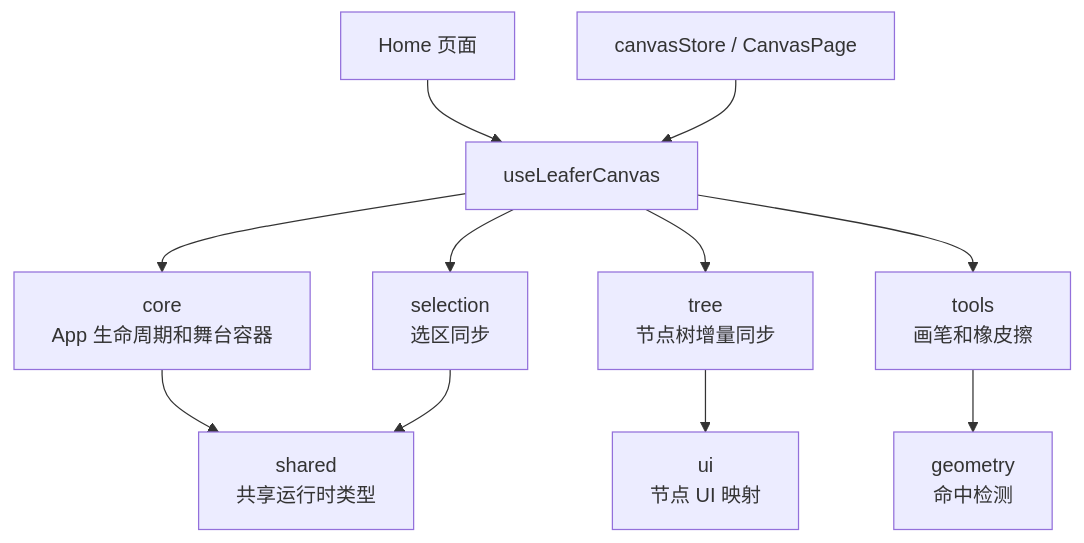
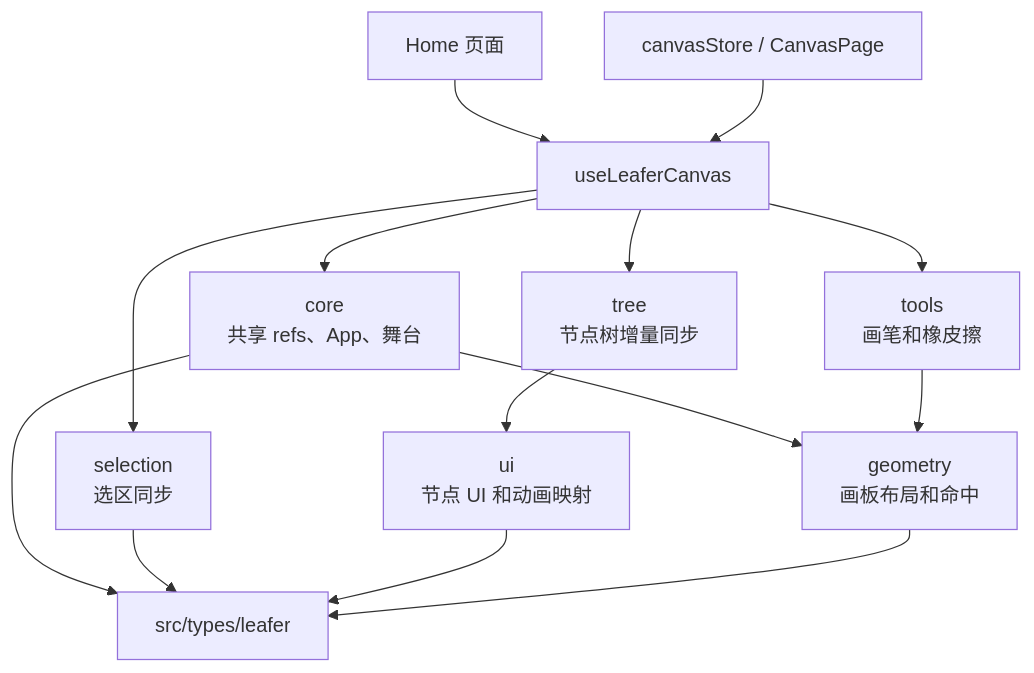
Before and after one commit to Tajigaqzh/paint-canvas: the first of 2 diagrams in README.md, drawn with Mermaid. The commit also changed other lines of this file and 101 other files, not shown here.

Commit message:
refactor: 拆分 Leafer hook 并接入图片缓存与单测

````diff
--- a/README.md
+++ b/README.md
@@ -98,15 +129,18 @@
 ```mermaid
 flowchart TD
   Home[Home 页面] --> Entry[useLeaferCanvas]
   Store[canvasStore / CanvasPage] --> Entry
 
-  Entry --> Core[core<br/>App 生命周期和舞台容器]
+  Entry --> Core[core<br/>共享 refs、App、舞台]
   Entry --> Tree[tree<br/>节点树增量同步]
   Entry --> Tools[tools<br/>画笔和橡皮擦]
   Entry --> Selection[selection<br/>选区同步]
 
-  Tree --> UI[ui<br/>节点 UI 映射]
-  Tools --> Geometry[geometry<br/>命中检测]
-  Core --> Shared[shared<br/>共享运行时类型]
-  Selection --> Shared
+  Core --> Geometry[geometry<br/>画板布局和命中]
+  Tools --> Geometry
+  Tree --> UI[ui<br/>节点 UI 和动画映射]
+  Core --> Types[src/types/leafer]
+  Selection --> Types
+  UI --> Types
+  Geometry --> Types
 ```
````
